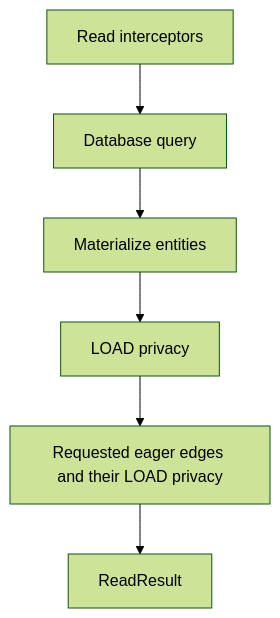
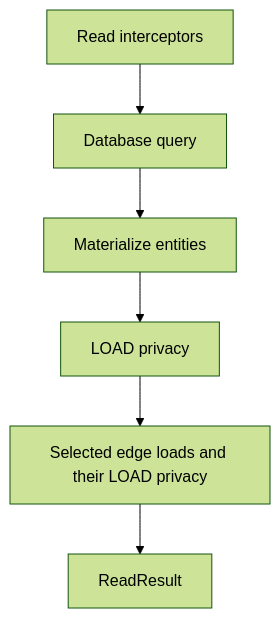
One commit to CaseyMcGuire/EntKt changed the first of 6 diagrams in docs/operation-lifecycle.md. Above: the diagram before and after it, drawn with Mermaid (forest theme). The commit also changed other lines of this file and 51 other files, not shown here.

````diff
--- a/docs/operation-lifecycle.md
+++ b/docs/operation-lifecycle.md
@@ -100,8 +100,8 @@
 ```mermaid
 flowchart TD
     interceptor["Read interceptors"] --> query["Database query"]
     query --> materialize["Materialize entities"]
     materialize --> privacy["LOAD privacy"]
-    privacy --> eager["Requested eager edges and their LOAD privacy"]
+    privacy --> eager["Selected edge loads and their LOAD privacy"]
     eager --> result["ReadResult"]
 ```
````
